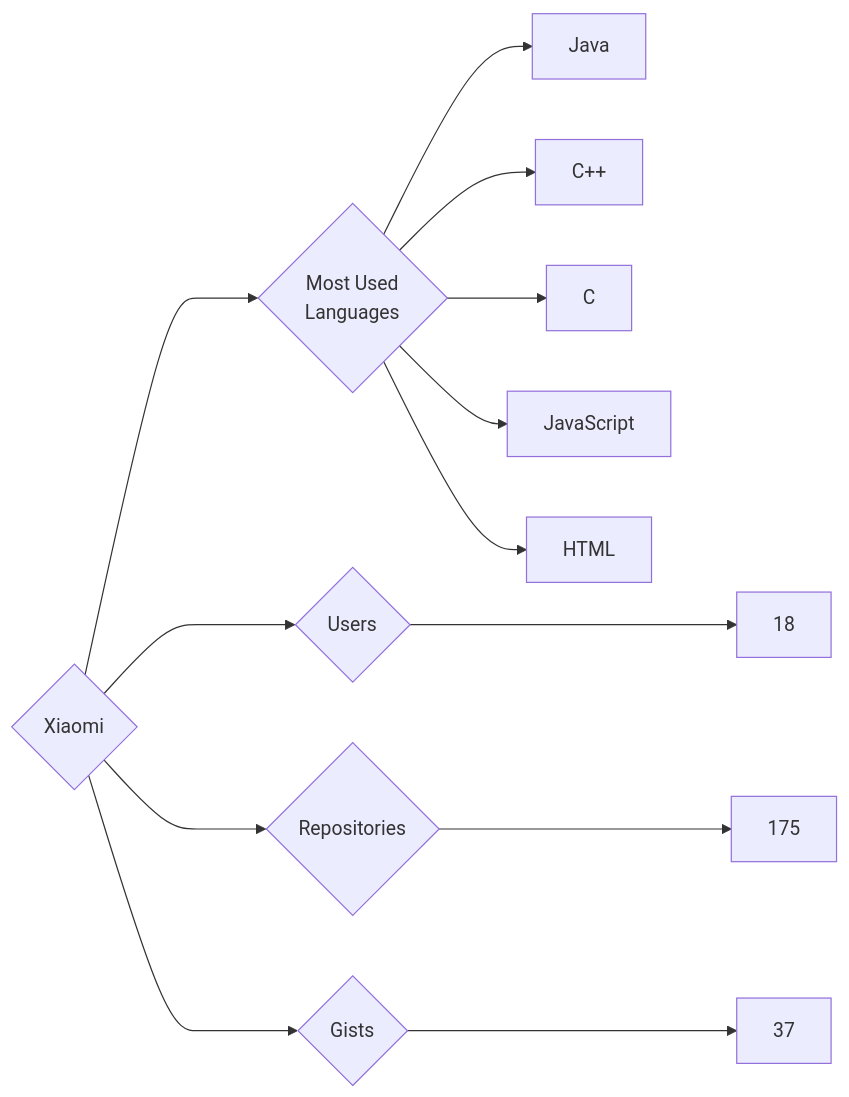
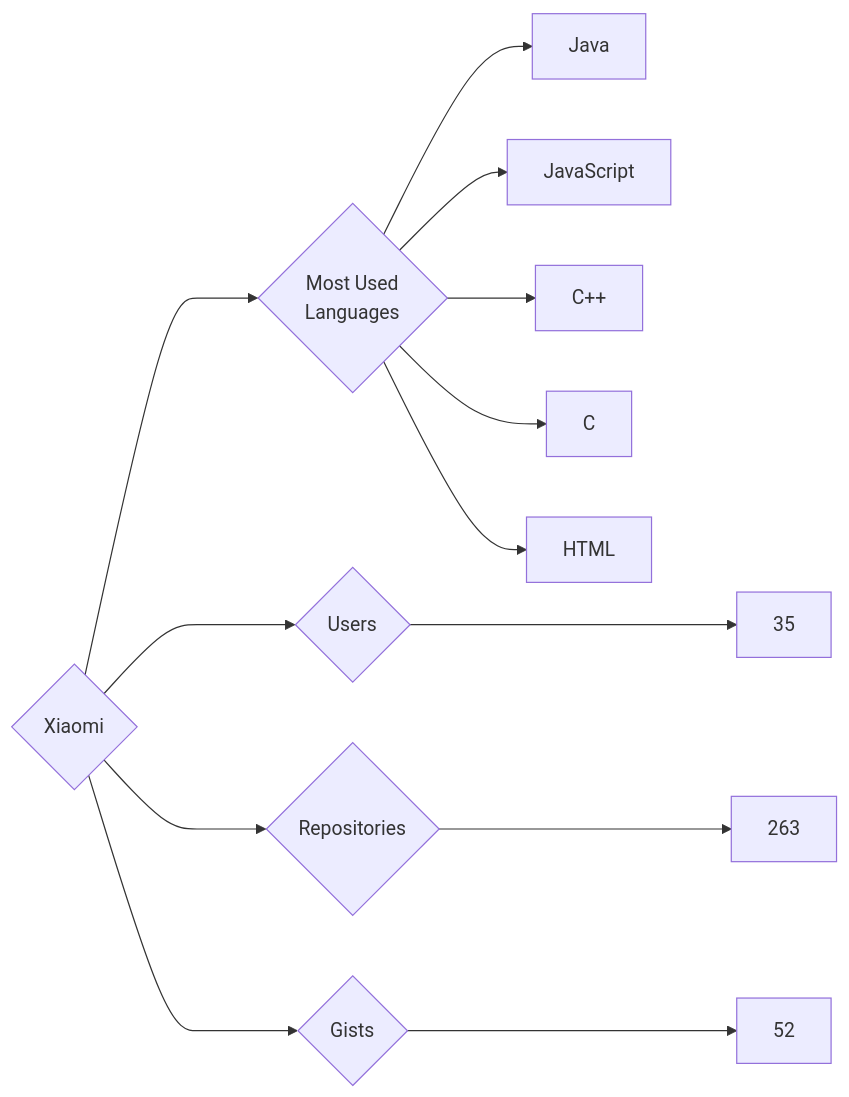
The diagram in targets/Xiaomi/README.md (trickest/insiders), drawn with Mermaid before and after one commit. The commit also changed 969 other files, not shown here.

````diff
--- a/targets/Xiaomi/README.md
+++ b/targets/Xiaomi/README.md
@@ -3,13 +3,13 @@
 ```mermaid
 graph LR
 COMPANY_NAME{Xiaomi}
-COMPANY_NAME ---> U{Users} ---> UN[18]
-COMPANY_NAME ---> R{Repositories} ---> RN[175]
-COMPANY_NAME ---> G{Gists} ---> GN[37]
+COMPANY_NAME ---> U{Users} ---> UN[35]
+COMPANY_NAME ---> R{Repositories} ---> RN[263]
+COMPANY_NAME ---> G{Gists} ---> GN[52]
 COMPANY_NAME ---> ML{Most Used<br>Languages}
 ML --> Java[Java]
+ML --> JavaScript[JavaScript]
 ML --> C++[C++]
 ML --> C[C]
-ML --> JavaScript[JavaScript]
 ML --> HTML[HTML]
 ```
````
